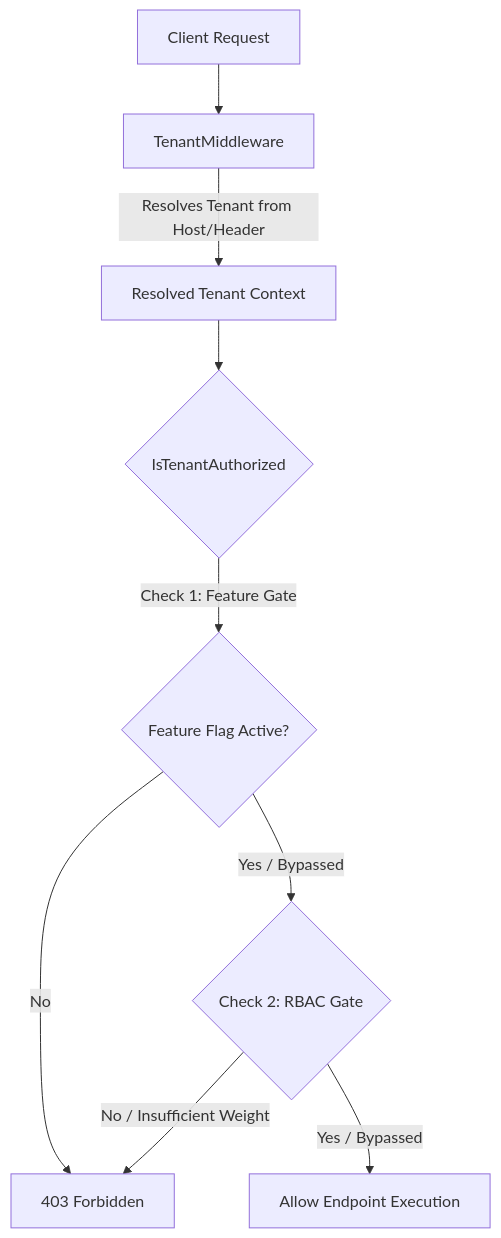
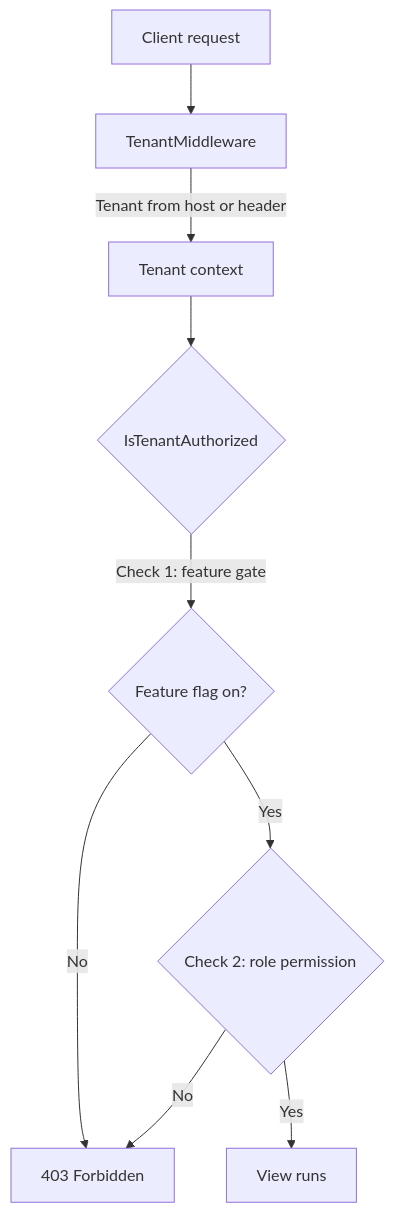
The second of 3 diagrams in README.md (areycruzer/godown-rbac-system), drawn with Mermaid before and after one commit. The commit also changed other lines of this file and 2 other files, not shown here.

````diff
--- a/README.md
+++ b/README.md
@@ -43,11 +36,11 @@
 ```mermaid
 flowchart TD
-    A[Client Request] --> B[TenantMiddleware]
-    B -->|Resolves Tenant from Host/Header| C[Resolved Tenant Context]
+    A[Client request] --> B[TenantMiddleware]
+    B -->|Tenant from host or header| C[Tenant context]
     C --> D{IsTenantAuthorized}
-    D -->|Check 1: Feature Gate| E{Feature Flag Active?}
+    D -->|Check 1: feature gate| E{Feature flag on?}
     E -->|No| F[403 Forbidden]
-    E -->|Yes / Bypassed| G{Check 2: RBAC Gate}
-    G -->|No / Insufficient Weight| F
-    G -->|Yes / Bypassed| H[Allow Endpoint Execution]
+    E -->|Yes| G{Check 2: role permission}
+    G -->|No| F
+    G -->|Yes| H[View runs]
 ```
````
